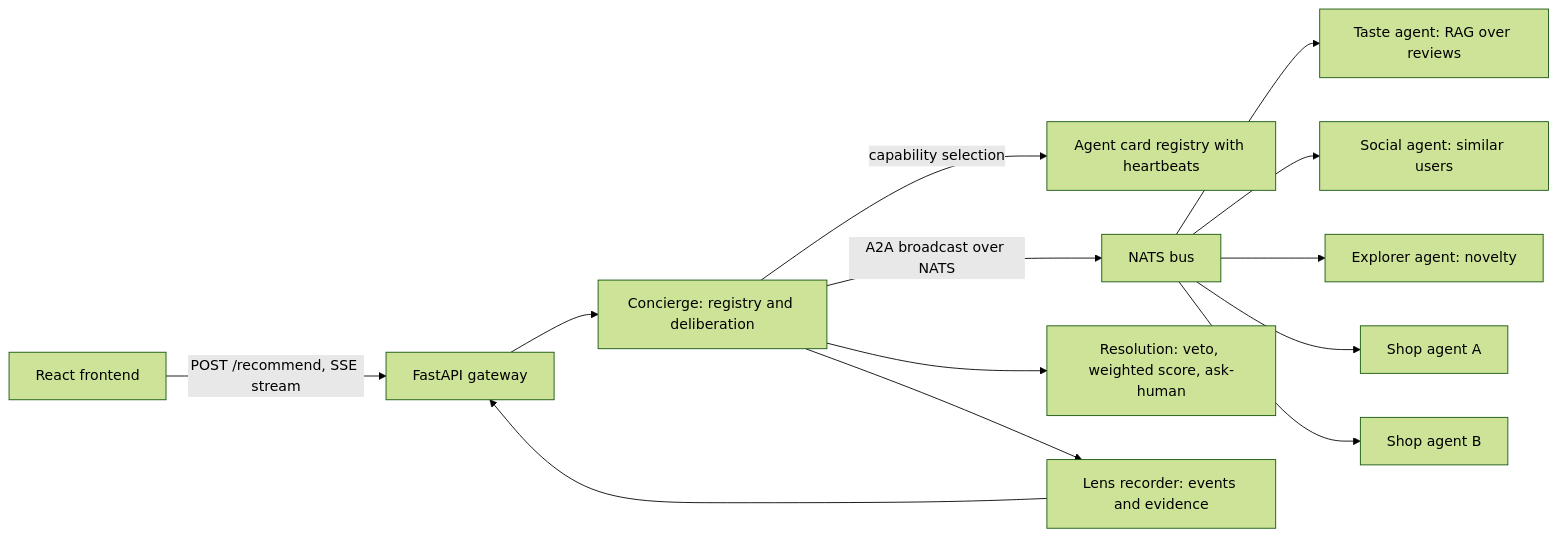
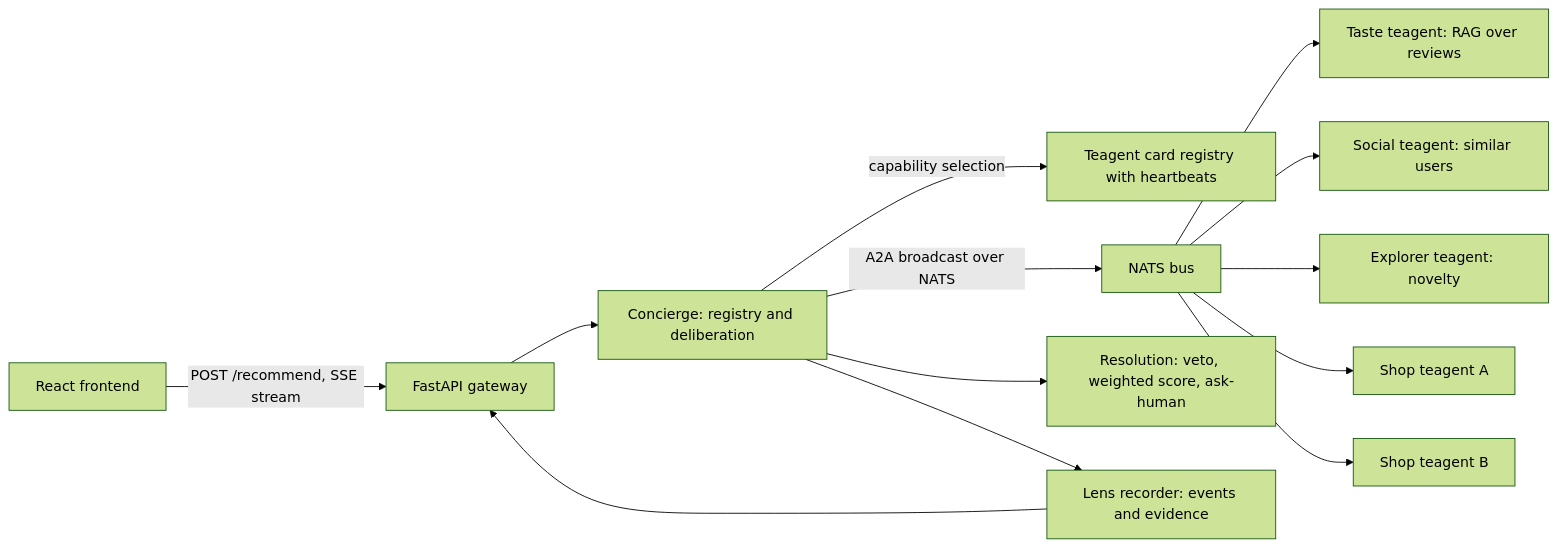
One commit to CantBush/TeaLink changed the diagram in docs/architecture.md. Above: the diagram before and after it, drawn with Mermaid (forest theme). The commit also changed other lines of this file and 68 other files, not shown here.

````diff
--- a/docs/architecture.md
+++ b/docs/architecture.md
@@ -5,15 +5,15 @@
 ```mermaid
 flowchart LR
   Web["React frontend"] -->|"POST /recommend, SSE stream"| Gateway["FastAPI gateway"]
   Gateway --> Concierge["Concierge: registry and deliberation"]
-  Concierge -->|"capability selection"| Registry["Agent card registry with heartbeats"]
+  Concierge -->|"capability selection"| Registry["Teagent card registry with heartbeats"]
   Concierge -->|"A2A broadcast over NATS"| Bus["NATS bus"]
-  Bus --> Taste["Taste agent: RAG over reviews"]
-  Bus --> Social["Social agent: similar users"]
-  Bus --> Explorer["Explorer agent: novelty"]
-  Bus --> ShopA["Shop agent A"]
-  Bus --> ShopB["Shop agent B"]
+  Bus --> Taste["Taste teagent: RAG over reviews"]
+  Bus --> Social["Social teagent: similar users"]
+  Bus --> Explorer["Explorer teagent: novelty"]
+  Bus --> ShopA["Shop teagent A"]
+  Bus --> ShopB["Shop teagent B"]
   Concierge --> Resolver["Resolution: veto, weighted score, ask-human"]
   Concierge --> Lens["Lens recorder: events and evidence"]
   Lens --> Gateway
 ```
````
